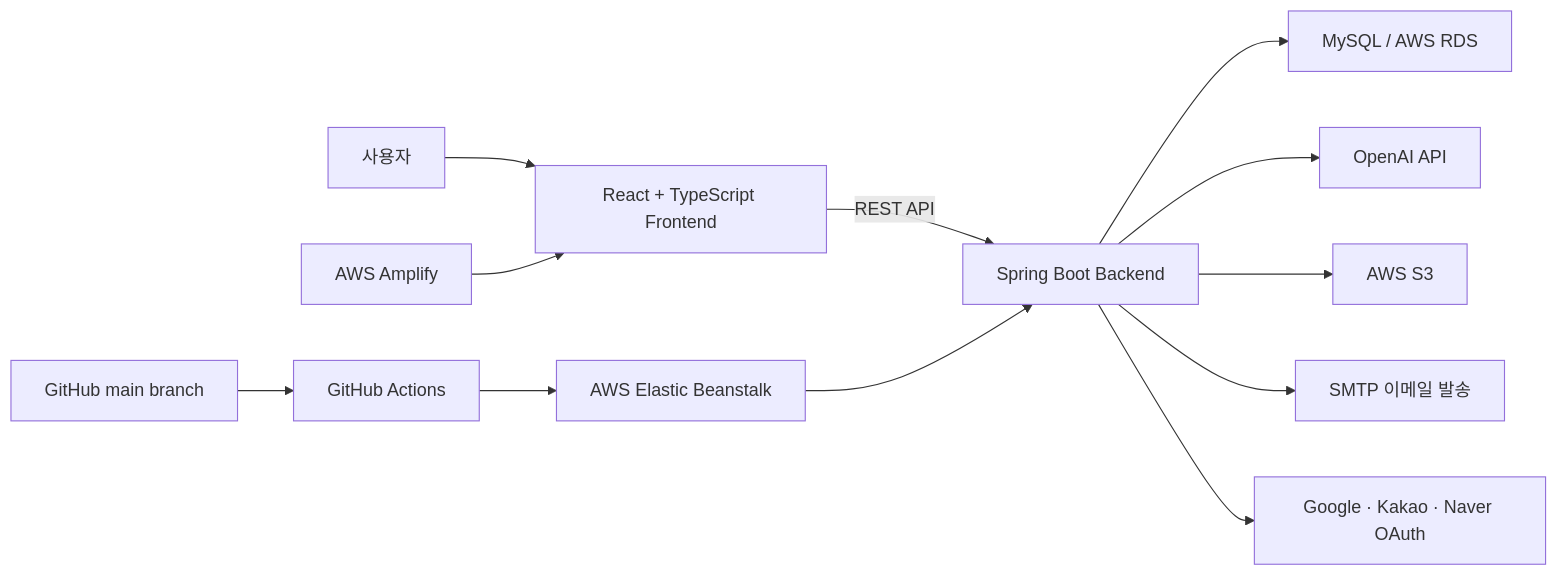
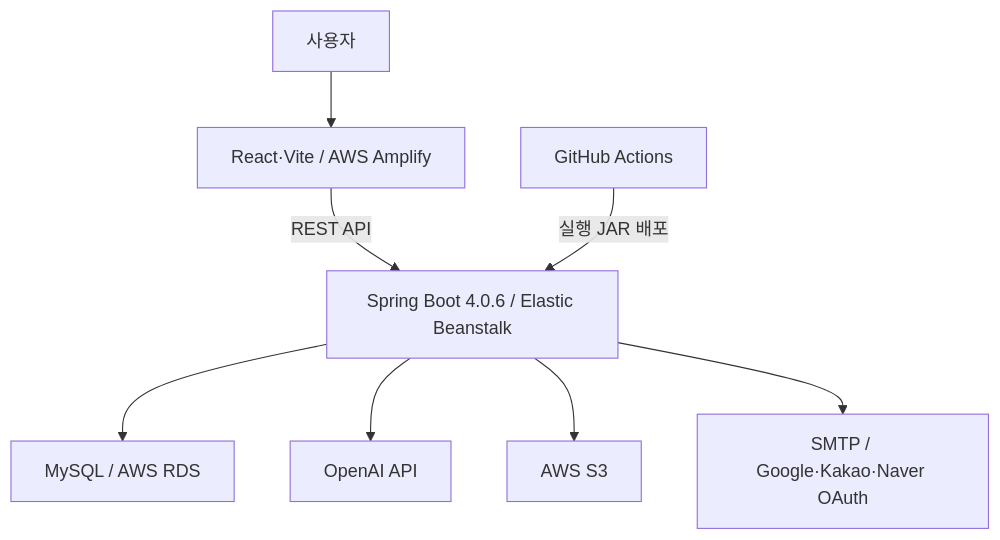
Before and after one commit to junyeong2107/weather-of-the-heart-portfolio: the second of 5 diagrams in README.md, drawn with Mermaid. The commit also changed other lines of this file and 5 other files, not shown here.

````diff
--- a/README.md
+++ b/README.md
@@ -112,16 +107,10 @@
 ```mermaid
-flowchart LR
-    User["사용자"] --> Frontend["React + TypeScript Frontend"]
-    Frontend -->|"REST API"| Backend["Spring Boot Backend"]
-
+flowchart TB
+    User["사용자"] --> Frontend["React·Vite / AWS Amplify"]
+    Frontend -->|"REST API"| Backend["Spring Boot 4.0.6 / Elastic Beanstalk"]
+    Actions["GitHub Actions"] -->|"실행 JAR 배포"| Backend
     Backend --> Database["MySQL / AWS RDS"]
     Backend --> OpenAI["OpenAI API"]
     Backend --> S3["AWS S3"]
-    Backend --> Mail["SMTP 이메일 발송"]
-    Backend --> OAuth["Google · Kakao · Naver OAuth"]
-
-    Amplify["AWS Amplify"] --> Frontend
-    GitHub["GitHub main branch"] --> Actions["GitHub Actions"]
-    Actions --> EB["AWS Elastic Beanstalk"]
-    EB --> Backend
+    Backend --> External["SMTP / Google·Kakao·Naver OAuth"]
 ```
````
